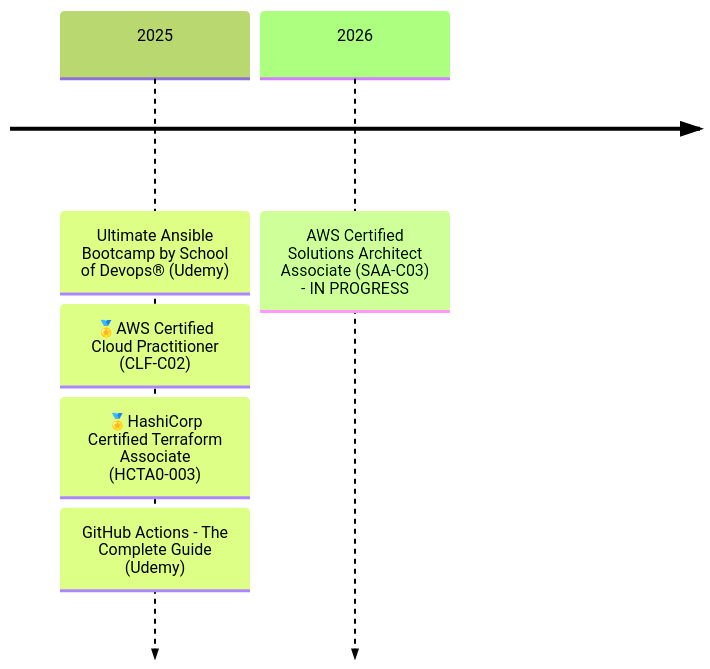
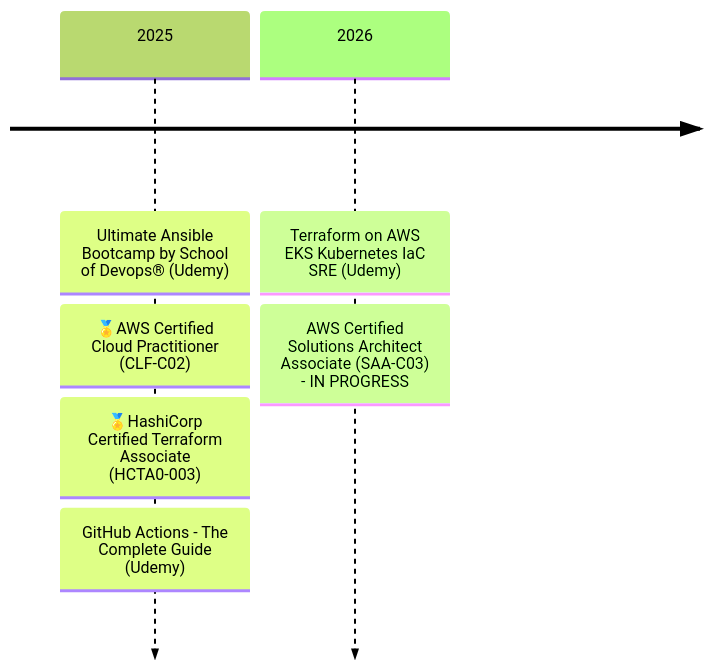
One commit to rtdevx/rtdevx.github.io changed the diagram in content/about.md. Above: the diagram before and after it, drawn with Mermaid (forest theme).

Commit message:
Obsidian sync: 2026-02-23 20:21:44

```diff
--- a/content/about.md
+++ b/content/about.md
@@ -65,8 +65,9 @@
 {{< mermaid >}}
 timeline    
     2025 : Ultimate Ansible Bootcamp by School of Devops® (Udemy)
          : 🏅AWS Certified Cloud Practitioner (CLF-C02)
          : 🏅HashiCorp Certified Terraform Associate (HCTA0-003)
          : GitHub Actions - The Complete Guide (Udemy)
-    2026 : AWS Certified Solutions Architect Associate (SAA-C03) - IN PROGRESS
+    2026 : Terraform on AWS EKS Kubernetes IaC SRE (Udemy)
+	     : AWS Certified Solutions Architect Associate (SAA-C03) - IN PROGRESS
 {{< /mermaid >}}
```
